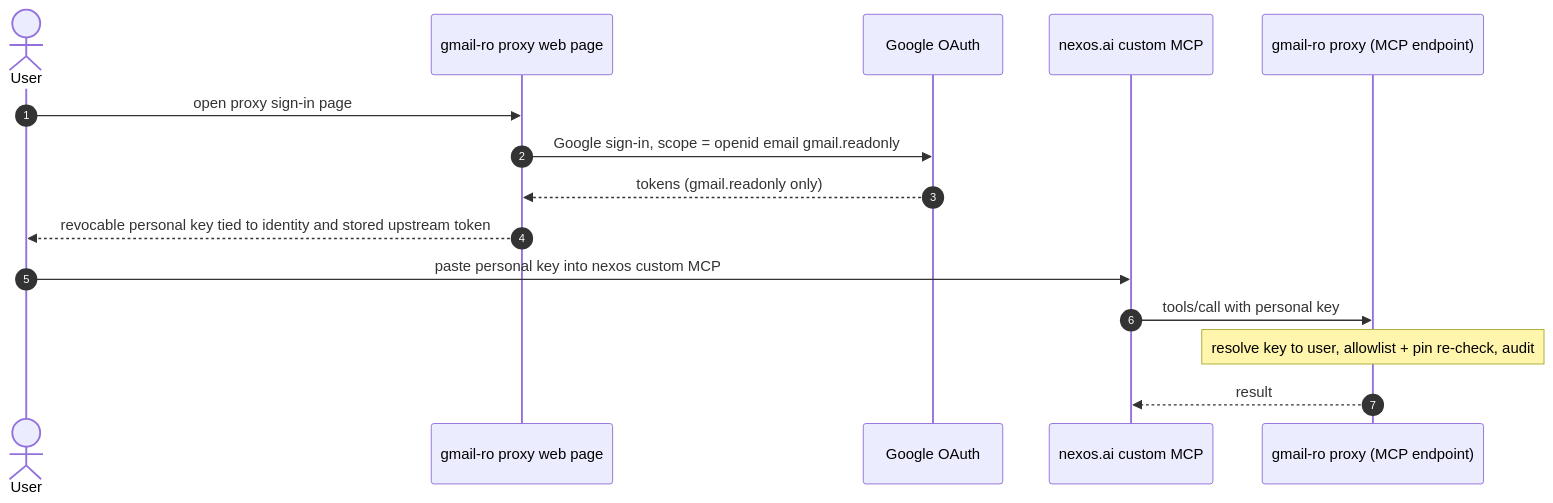
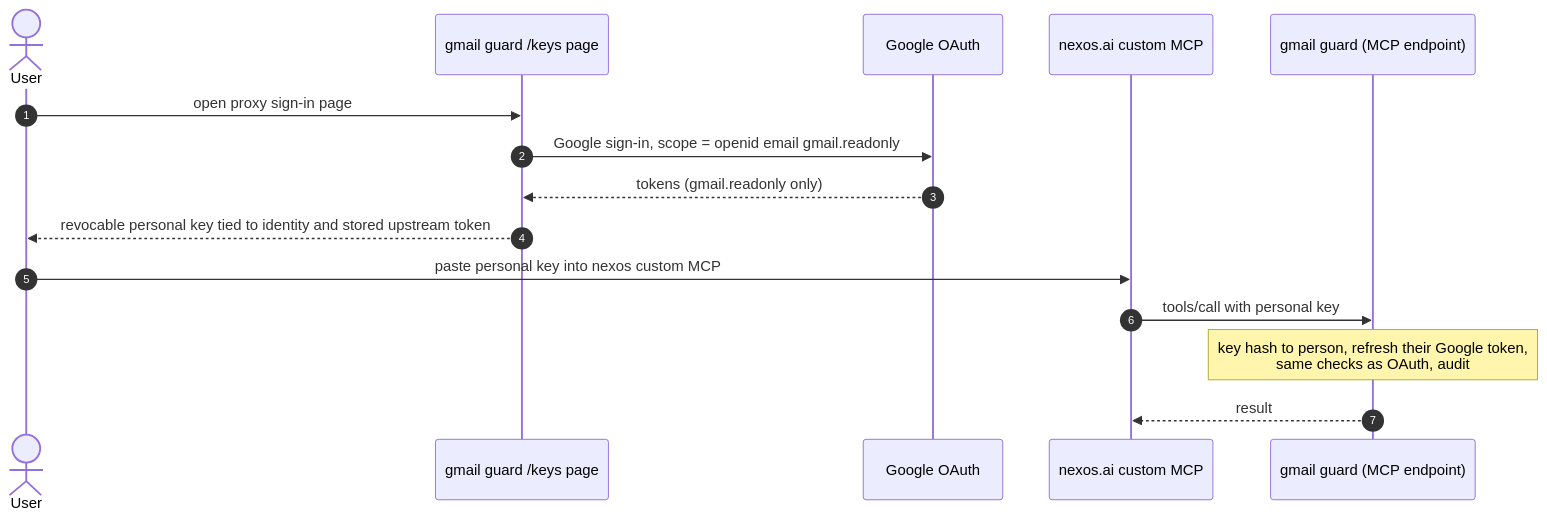
One commit to rokasce/mcp-readonly-proxies changed the third of 4 diagrams in docs/proxy-design.md. Above: the diagram before and after it, drawn with Mermaid. The commit also changed other lines of this file and 17 other files, not shown here.

````diff
--- a/docs/proxy-design.md
+++ b/docs/proxy-design.md
@@ -121,18 +116,18 @@
 ```mermaid
 sequenceDiagram
   autonumber
   actor U as User
-  participant W as gmail-ro proxy web page
+  participant W as gmail guard /keys page
   participant G as Google OAuth
   participant N as nexos.ai custom MCP
-  participant P as gmail-ro proxy (MCP endpoint)
+  participant P as gmail guard (MCP endpoint)
 
   U->>W: open proxy sign-in page
   W->>G: Google sign-in, scope = openid email gmail.readonly
   G-->>W: tokens (gmail.readonly only)
   W-->>U: revocable personal key tied to identity and stored upstream token
   U->>N: paste personal key into nexos custom MCP
   N->>P: tools/call with personal key
-  Note over P: resolve key to user, allowlist + pin re-check, audit
+  Note over P: key hash to person, refresh their Google token,<br/>same checks as OAuth, audit
   P-->>N: result
 ```
````
